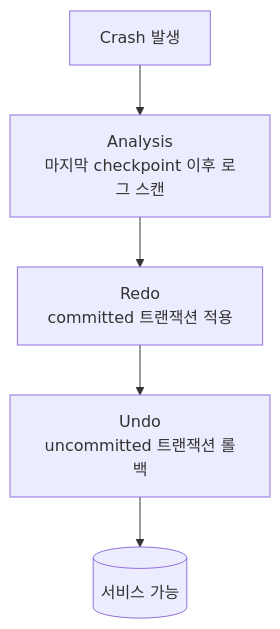
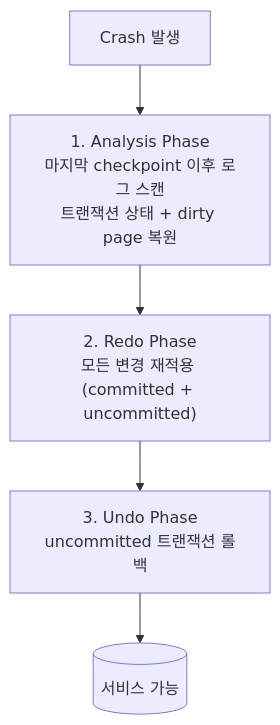
One commit to shinkeonkim/shinkeonkim.github.io changed the fourth of 11 diagrams in src/content/wiki/database-internals/wal-write-ahead-log.mdx. Above: the diagram before and after it, drawn with Mermaid. The commit also changed other lines of this file and 526 other files, not shown here.

First line of the commit message:
content(wiki): 전수조사 및 대규모 보강 (짧은 파일 0, mermaid +645)

````diff
--- a/src/content/wiki/database-internals/wal-write-ahead-log.mdx
+++ b/src/content/wiki/database-internals/wal-write-ahead-log.mdx
@@ -55,7 +96,7 @@
 ```mermaid
 flowchart TB
-    Crash[Crash 발생] --> Analyze[Analysis<br/>마지막 checkpoint 이후 로그 스캔]
-    Analyze --> Redo[Redo<br/>committed 트랜잭션 적용]
-    Redo --> Undo[Undo<br/>uncommitted 트랜잭션 롤백]
-    Undo --> Ready[(서비스 가능)]
+    Crash["Crash 발생"] --> Phase1["1. Analysis Phase<br/>마지막 checkpoint 이후 로그 스캔<br/>트랜잭션 상태 + dirty page 복원"]
+    Phase1 --> Phase2["2. Redo Phase<br/>모든 변경 재적용 (committed + uncommitted)"]
+    Phase2 --> Phase3["3. Undo Phase<br/>uncommitted 트랜잭션 롤백"]
+    Phase3 --> Ready[("서비스 가능")]
 ```
````
